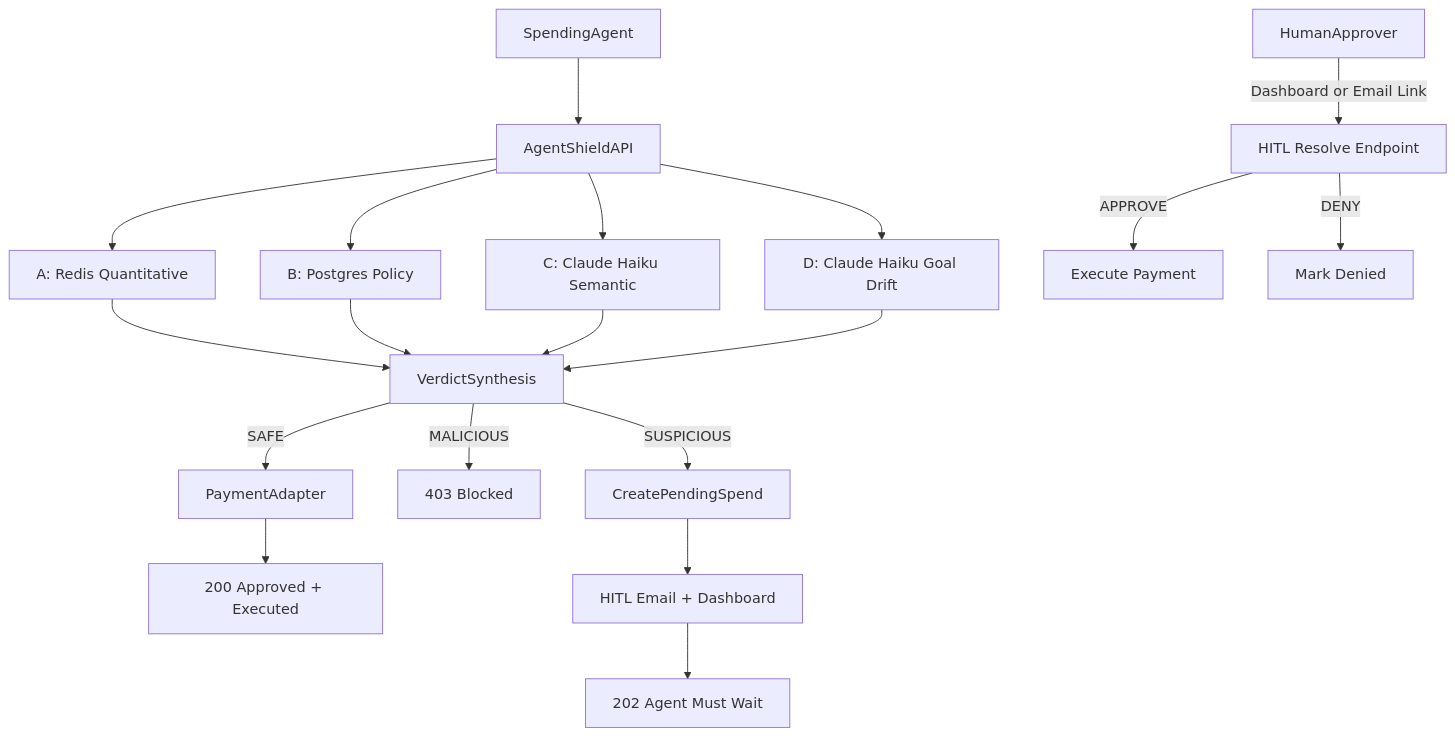
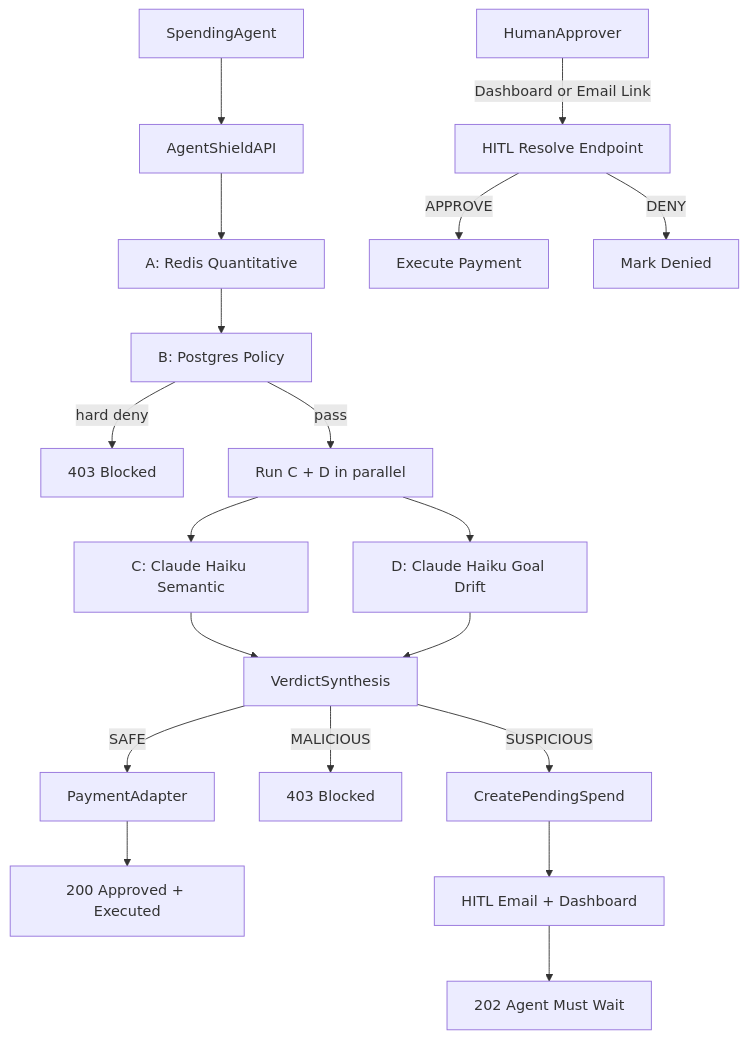
One commit to lucarizzo03/AgentShieldv2 changed the diagram in README.md. Above: the diagram before and after it, drawn with Mermaid. The commit also changed other lines of this file and 10 other files, not shown here.

````diff
--- a/README.md
+++ b/README.md
@@ -35,21 +35,21 @@
 ```mermaid
 flowchart TD
     agent[SpendingAgent] --> firewall[AgentShieldAPI]
     firewall --> checkA[A: Redis Quantitative]
-    firewall --> checkB[B: Postgres Policy]
-    firewall --> checkC[C: Claude Haiku Semantic]
-    firewall --> checkD[D: Claude Haiku Goal Drift]
-    checkA --> synth[VerdictSynthesis]
-    checkB --> synth
-    checkC --> synth
+    checkA --> checkB[B: Postgres Policy]
+    checkB -->|hard deny| deny403early[403 Blocked]
+    checkB -->|pass| parallel[Run C + D in parallel]
+    parallel --> checkC[C: Claude Haiku Semantic]
+    parallel --> checkD[D: Claude Haiku Goal Drift]
+    checkC --> synth[VerdictSynthesis]
     checkD --> synth
     synth -->|SAFE| pay[PaymentAdapter]
     pay --> ok200[200 Approved + Executed]
     synth -->|MALICIOUS| deny403[403 Blocked]
     synth -->|SUSPICIOUS| pending[CreatePendingSpend]
     pending --> email[HITL Email + Dashboard]
     email --> resp202[202 Agent Must Wait]
     human[HumanApprover] -->|Dashboard or Email Link| resolve[HITL Resolve Endpoint]
     resolve -->|APPROVE| pay2[Execute Payment]
     resolve -->|DENY| denyHuman[Mark Denied]
 ```
````
